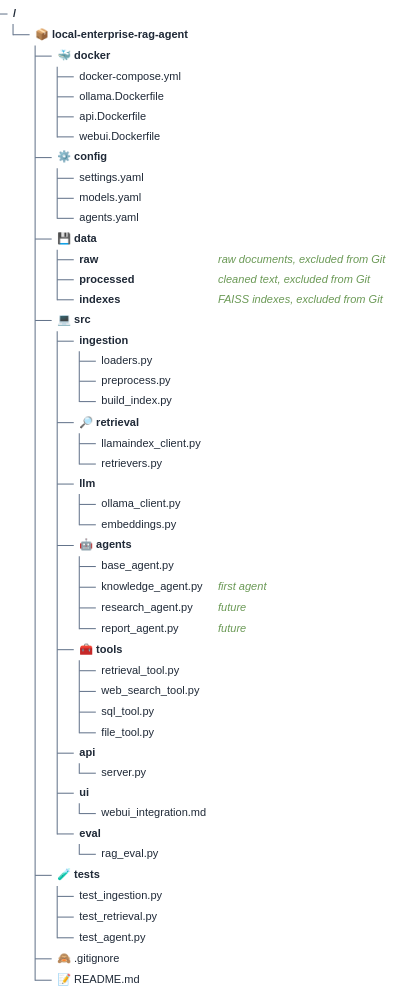
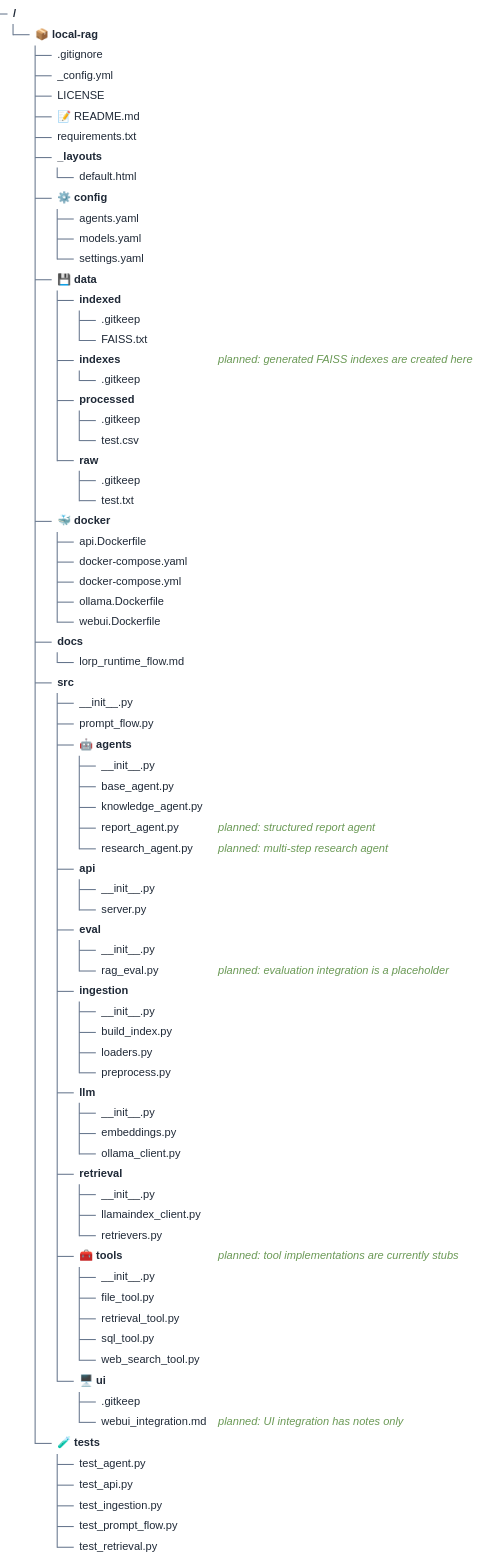
One commit to DPStella/local-rag changed the second of 2 diagrams in README.md. Above: the diagram before and after it, drawn with Mermaid. The commit also changed other lines of this file, not shown here.

Commit message:
Document exact project structure

````diff
--- a/README.md
+++ b/README.md
@@ -111,51 +113,79 @@
       descriptionColor: '#475569'
 ---
 treeView-beta
-└── 📦 local-enterprise-rag-agent/
+└── 📦 local-rag/
+    ├── .gitignore
+    ├── _config.yml
+    ├── LICENSE
+    ├── 📝 README.md
+    ├── requirements.txt
+    ├── _layouts/
+    │   └── default.html
+    ├── ⚙️ config/
+    │   ├── agents.yaml
+    │   ├── models.yaml
+    │   └── settings.yaml
+    ├── 💾 data/
+    │   ├── indexed/
+    │   │   ├── .gitkeep
+    │   │   └── FAISS.txt
+    │   ├── indexes/ ## planned: generated FAISS indexes are created here
+    │   │   └── .gitkeep
+    │   ├── processed/
+    │   │   ├── .gitkeep
+    │   │   └── test.csv
+    │   └── raw/
+    │       ├── .gitkeep
+    │       └── test.txt
     ├── 🐳 docker/
+    │   ├── api.Dockerfile
+    │   ├── docker-compose.yaml
     │   ├── docker-compose.yml
     │   ├── ollama.Dockerfile
-    │   ├── api.Dockerfile
     │   └── webui.Dockerfile
-    ├── ⚙️ config/
-    │   ├── settings.yaml
-    │   ├── models.yaml
-    │   └── agents.yaml
-    ├── 💾 data/
-    │   ├── raw/ ## raw documents, excluded from Git
-    │   ├── processed/ ## cleaned text, excluded from Git
-    │   └── indexes/ ## FAISS indexes, excluded from Git
-    ├── 💻 src/
+    ├── docs/
+    │   └── lorp_runtime_flow.md
+    ├── src/
+    │   ├── __init__.py
+    │   ├── prompt_flow.py
+    │   ├── 🤖 agents/
+    │   │   ├── __init__.py
+    │   │   ├── base_agent.py
+    │   │   ├── knowledge_agent.py
+    │   │   ├── report_agent.py ## planned: structured report agent
+    │   │   └── research_agent.py ## planned: multi-step research agent
+    │   ├── api/
+    │   │   ├── __init__.py
+    │   │   └── server.py
+    │   ├── eval/
+    │   │   ├── __init__.py
+    │   │   └── rag_eval.py ## planned: evaluation integration is a placeholder
     │   ├── ingestion/
+    │   │   ├── __init__.py
+    │   │   ├── build_index.py
     │   │   ├── loaders.py
-    │   │   ├── preprocess.py
-    │   │   └── build_index.py
-    │   ├── 🔎 retrieval/
+    │   │   └── preprocess.py
+    │   ├── llm/
+    │   │   ├── __init__.py
+    │   │   ├── embeddings.py
+    │   │   └── ollama_client.py
+    │   ├── retrieval/
+    │   │   ├── __init__.py
     │   │   ├── llamaindex_client.py
     │   │   └── retrievers.py
-    │   ├── llm/
-    │   │   ├── ollama_client.py
-    │   │   └── embeddings.py
-    │   ├── 🤖 agents/
-    │   │   ├── base_agent.py
-    │   │   ├── knowledge_agent.py ## first agent
-    │   │   ├── research_agent.py ## future
-    │   │   └── report_agent.py ## future
-    │   ├── 🧰 tools/
+    │   ├── 🧰 tools/ ## planned: tool implementations are currently stubs
+    │   │   ├── __init__.py
+    │   │   ├── file_tool.py
     │   │   ├── retrieval_tool.py
-    │   │   ├── web_search_tool.py
     │   │   ├── sql_tool.py
-    │   │   └── file_tool.py
-    │   ├── api/
-    │   │   └── server.py
-    │   ├── ui/
-    │   │   └── webui_integration.md
-    │   └── eval/
-    │       └── rag_eval.py
-    ├── 🧪 tests/
-    │   ├── test_ingestion.py
-    │   ├── test_retrieval.py
-    │   └── test_agent.py
-    ├── 🙈 .gitignore
-    └── 📝 README.md
+    │   │   └── web_search_tool.py
+    │   └── 🖥️ ui/
+    │       ├── .gitkeep
+    │       └── webui_integration.md ## planned: UI integration has notes only
+    └── 🧪 tests/
+        ├── test_agent.py
+        ├── test_api.py
+        ├── test_ingestion.py
+        ├── test_prompt_flow.py
+        └── test_retrieval.py
 ```
````
